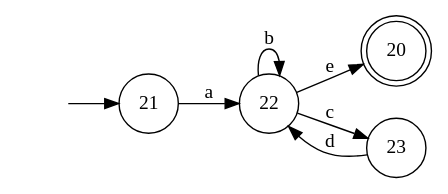
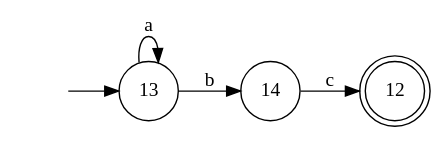
One commit to 1357885013/compiler changed the diagram in ere/min_DFA.dot. Above: the diagram before and after it, drawn with Graphviz. The commit also changed 10 other files, not shown here.

Commit message:
修改 去除空边时没考虑单向空边的bug 添加 把状态输出成图片的功能

```diff
--- a/ere/min_DFA.dot
+++ b/ere/min_DFA.dot
@@ -1,14 +1,12 @@
 digraph{
 rankdir="LR";
 fontname = "Microsoft YaHei";
 node [shape = circle, fontname = "Microsoft YaHei"];
 edge [fontname = "Microsoft YaHei"];
 -1[style=invis];
-20 [ shape = doublecircle ];
--1 -> 21;
-21 -> 22[ label = "a" ];
-22 -> 20[ label = "e" ];
-22 -> 23[ label = "c" ];
-22 -> 22[ label = "b" ];
-23 -> 22[ label = "d" ];
+12 [ shape = doublecircle ];
+-1 -> 13;
+13 -> 14[ label = "b" ];
+13 -> 13[ label = "a" ];
+14 -> 12[ label = "c" ];
 }
```
